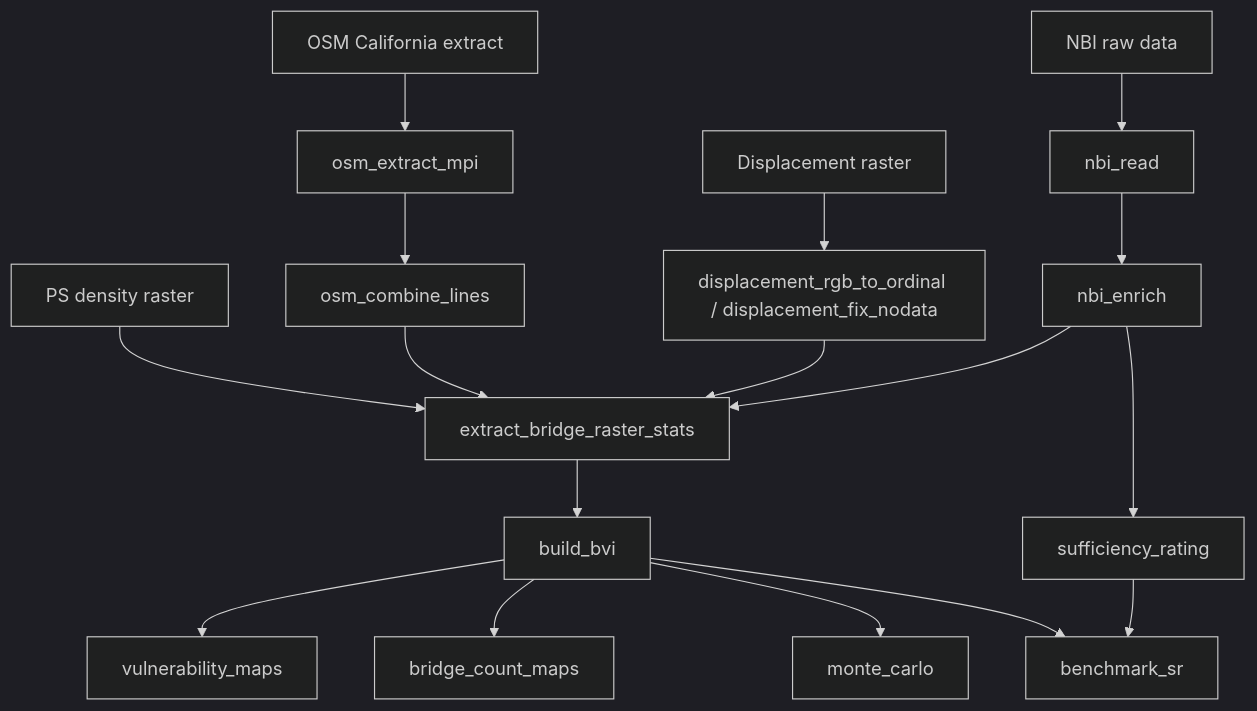
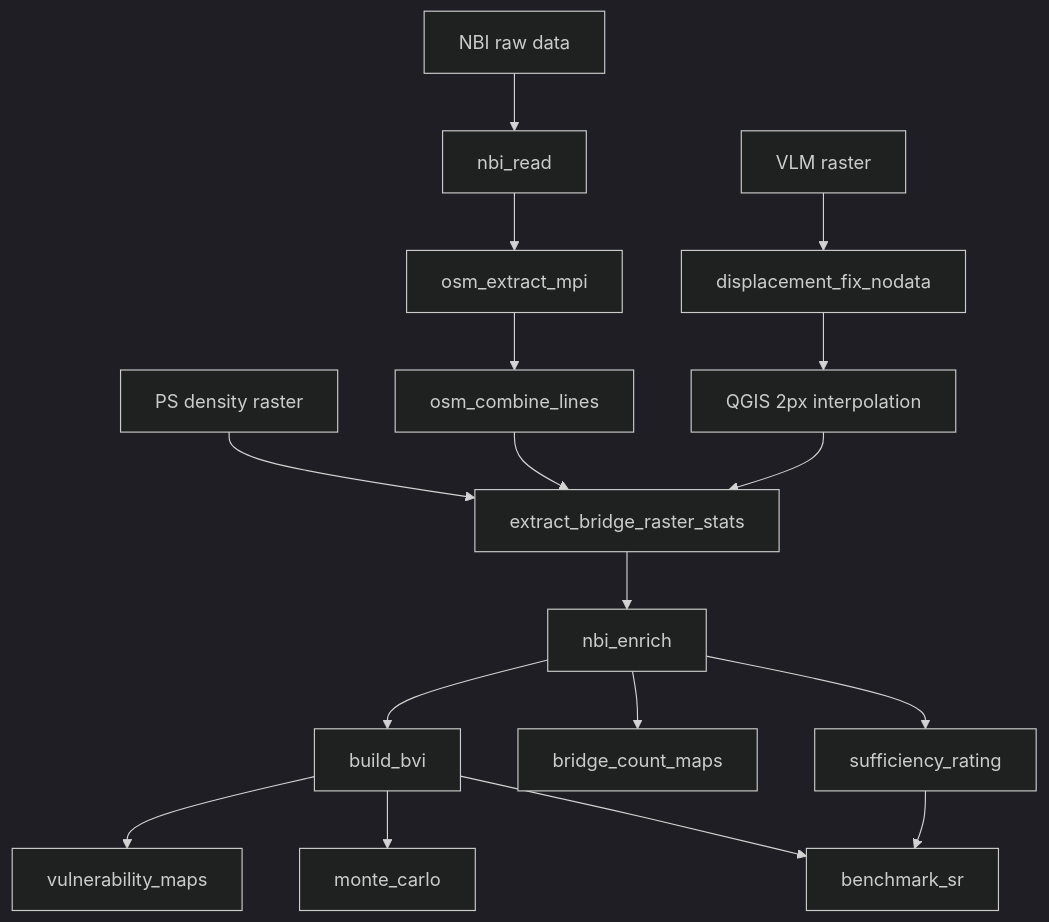
The diagram in README.md (SafeStruct/SocialEquityBridge), drawn with Mermaid (dark theme) before and after one commit. The commit also changed other lines of this file and 24 other files, not shown here.

````diff
--- a/README.md
+++ b/README.md
@@ -7,19 +221,19 @@
 ```mermaid
 flowchart TD
     A[NBI raw data] --> B[nbi_read]
-    B --> C[nbi_enrich]
-    D[OSM California extract] --> E[osm_extract_mpi]
+    B --> E[osm_extract_mpi]
     E --> F[osm_combine_lines]
-    G[Displacement raster] --> H[displacement_rgb_to_ordinal / displacement_fix_nodata]
+    G[VLM raster] --> H[displacement_fix_nodata]
+    H --> H2[QGIS 2px interpolation]
     I[PS density raster] --> J[extract_bridge_raster_stats]
     F --> J
-    H --> J
-    C --> J
-    J --> K[build_bvi]
+    H2 --> J
+    J --> C[nbi_enrich]
+    C --> K[build_bvi]
     K --> L[vulnerability_maps]
-    K --> M[bridge_count_maps]
+    C --> M[bridge_count_maps]
     K --> N[monte_carlo]
     C --> O[sufficiency_rating]
     K --> P[benchmark_sr]
     O --> P
 ```
````
